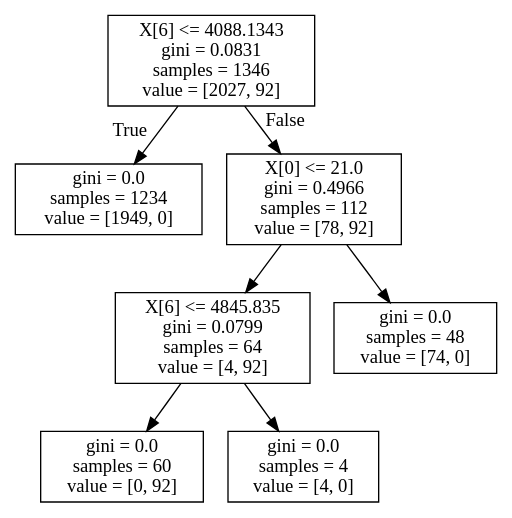
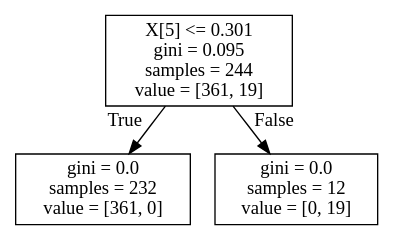
Before and after one commit to imwack/facebook: the diagram in 6.dot, drawn with Graphviz. The commit also changed 23 other files, not shown here.

```diff
--- a/6.dot
+++ b/6.dot
@@ -1,16 +1,8 @@
 digraph Tree {
 node [shape=box] ;
-0 [label="X[6] <= 4088.1343\ngini = 0.0831\nsamples = 1346\nvalue = [2027, 92]"] ;
-1 [label="gini = 0.0\nsamples = 1234\nvalue = [1949, 0]"] ;
+0 [label="X[5] <= 0.301\ngini = 0.095\nsamples = 244\nvalue = [361, 19]"] ;
+1 [label="gini = 0.0\nsamples = 232\nvalue = [361, 0]"] ;
 0 -> 1 [labeldistance=2.5, labelangle=45, headlabel="True"] ;
-2 [label="X[0] <= 21.0\ngini = 0.4966\nsamples = 112\nvalue = [78, 92]"] ;
+2 [label="gini = 0.0\nsamples = 12\nvalue = [0, 19]"] ;
 0 -> 2 [labeldistance=2.5, labelangle=-45, headlabel="False"] ;
-3 [label="X[6] <= 4845.835\ngini = 0.0799\nsamples = 64\nvalue = [4, 92]"] ;
-2 -> 3 ;
-4 [label="gini = 0.0\nsamples = 60\nvalue = [0, 92]"] ;
-3 -> 4 ;
-5 [label="gini = 0.0\nsamples = 4\nvalue = [4, 0]"] ;
-3 -> 5 ;
-6 [label="gini = 0.0\nsamples = 48\nvalue = [74, 0]"] ;
-2 -> 6 ;
 }
```
